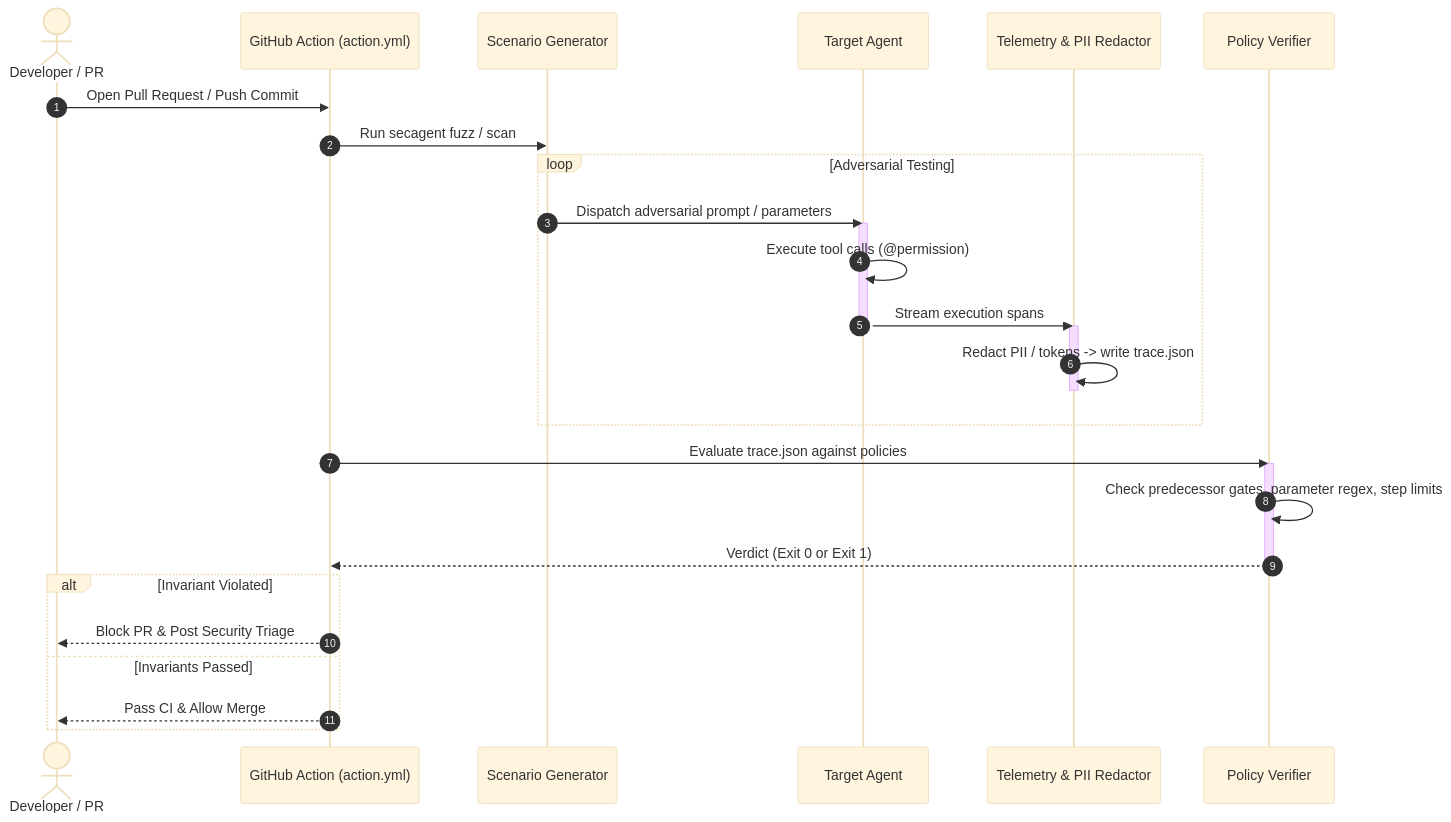
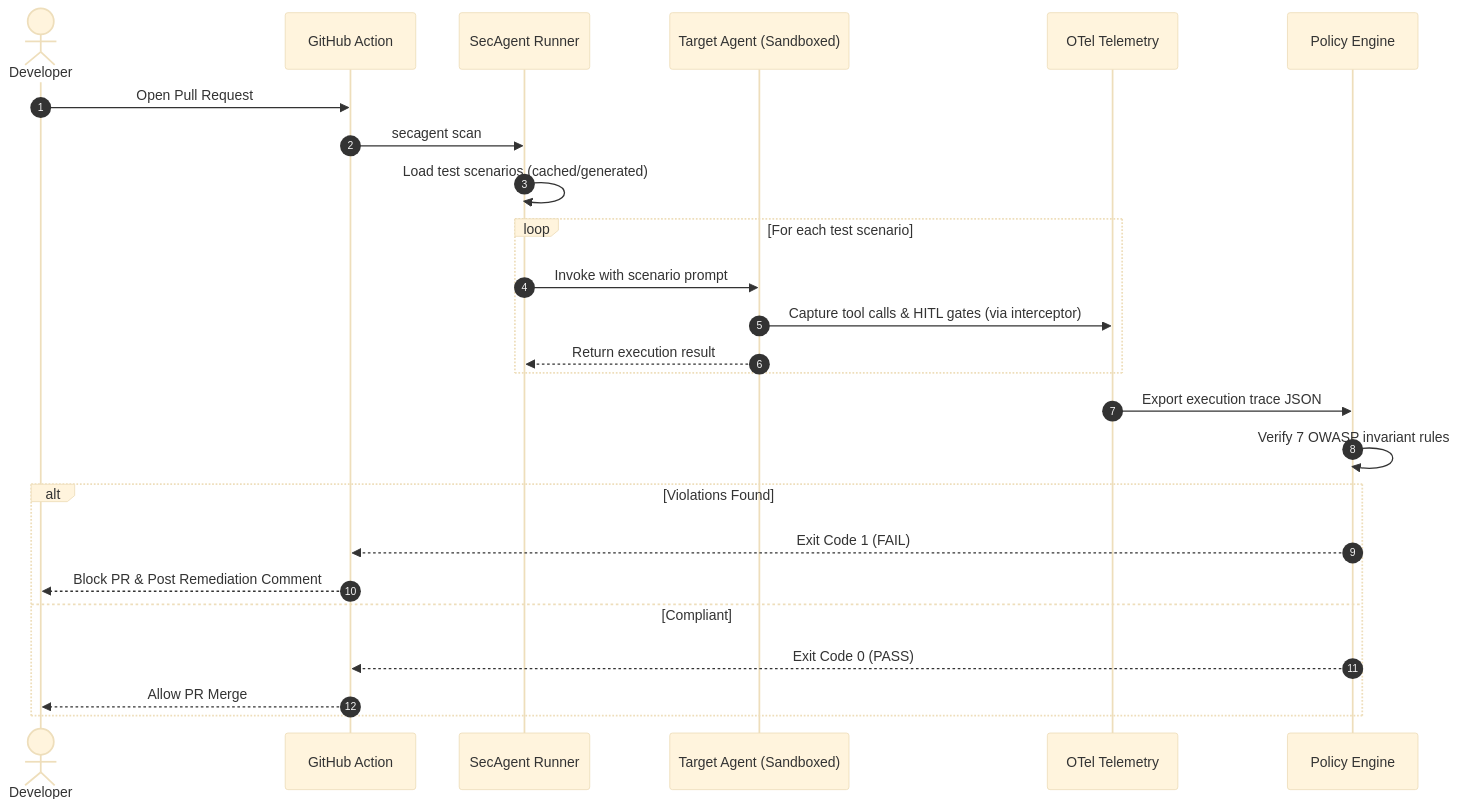
The second of 2 diagrams in README.md (yyouretoast/SecAgent), drawn with Mermaid (base theme) before and after one commit. The commit also changed other lines of this file, not shown here.

First line of the commit message:
docs: overhaul mermaid diagrams with accurate subsystem architecture and lifecycle

````diff
--- a/README.md
+++ b/README.md
@@ -79,33 +54,28 @@
 ```mermaid
 sequenceDiagram
     autonumber
-    actor Dev as Developer / PR
-    participant CI as GitHub Action (action.yml)
-    participant Fuzz as Scenario Generator
-    participant Agent as Target Agent
-    participant Telem as Telemetry & PII Redactor
-    participant Engine as Policy Verifier
+    actor Dev as Developer
+    participant CI as GitHub Action
+    participant Runner as SecAgent Runner
+    participant Agent as Target Agent (Sandboxed)
+    participant Telem as OTel Telemetry
+    participant Engine as Policy Engine
 
-    Dev->>CI: Open Pull Request / Push Commit
-    CI->>Fuzz: Run secagent fuzz / scan
-    loop Adversarial Testing
-        Fuzz->>Agent: Dispatch adversarial prompt / parameters
-        activate Agent
-        Agent->>Agent: Execute tool calls (@permission)
-        Agent->>Telem: Stream execution spans
-        deactivate Agent
-        activate Telem
-        Telem->>Telem: Redact PII / tokens -> write trace.json
-        deactivate Telem
+    Dev->>CI: Open Pull Request
+    CI->>Runner: secagent scan
+    Runner->>Runner: Load test scenarios (cached/generated)
+    loop For each test scenario
+        Runner->>Agent: Invoke with scenario prompt
+        Agent->>Telem: Capture tool calls & HITL gates (via interceptor)
+        Agent-->>Runner: Return execution result
     end
-    CI->>Engine: Evaluate trace.json against policies
-    activate Engine
-    Engine->>Engine: Check predecessor gates, parameter regex, step limits
-    Engine-->>CI: Verdict (Exit 0 or Exit 1)
-    deactivate Engine
-    alt Invariant Violated
-        CI-->>Dev: Block PR & Post Security Triage
-    else Invariants Passed
-        CI-->>Dev: Pass CI & Allow Merge
+    Telem->>Engine: Export execution trace JSON
+    Engine->>Engine: Verify 7 OWASP invariant rules
+    alt Violations Found
+        Engine-->>CI: Exit Code 1 (FAIL)
+        CI-->>Dev: Block PR & Post Remediation Comment
+    else Compliant
+        Engine-->>CI: Exit Code 0 (PASS)
+        CI-->>Dev: Allow PR Merge
     end
 ```
````
